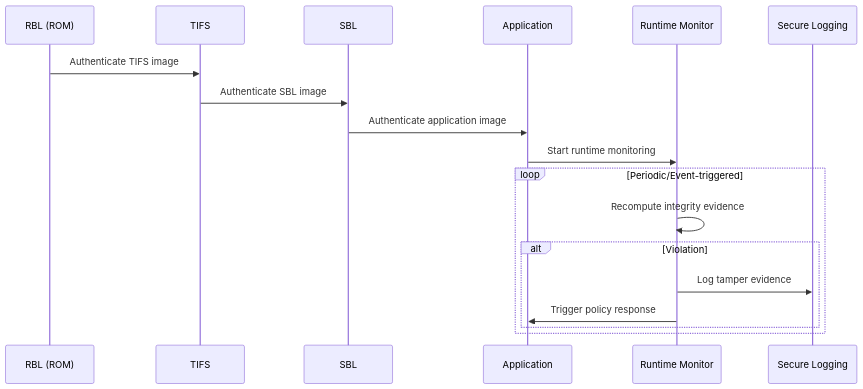
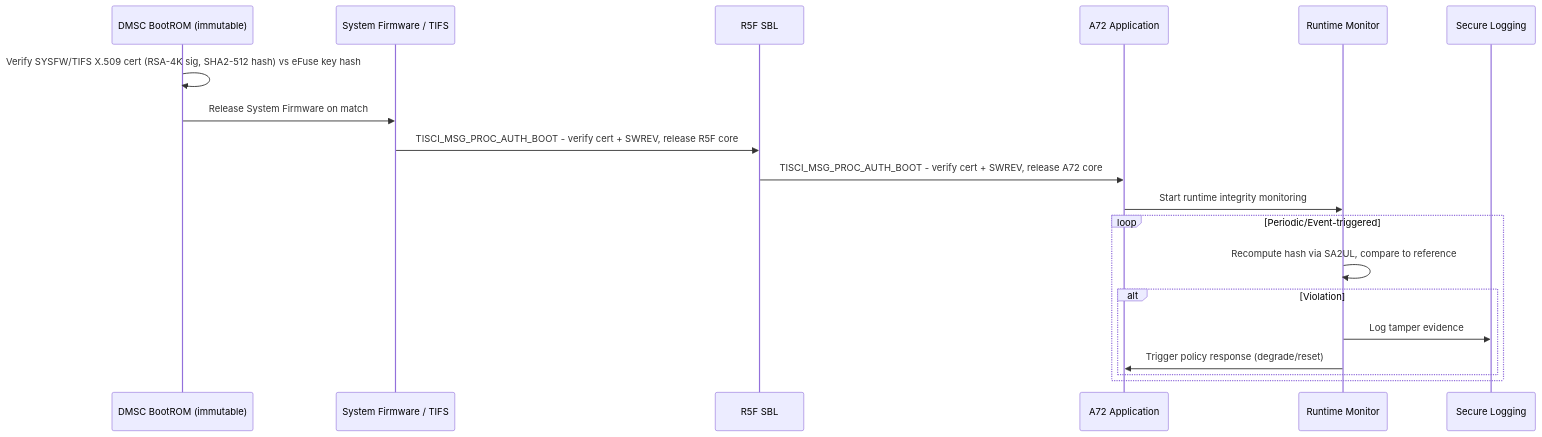
The third of 3 diagrams in TDA4VM_Secure_Authentic_Boot_Runtime_Integrity_Requirements.md (vinodneelakantam/Sec_Concepts_Req_tracability), drawn with Mermaid before and after one commit. The commit also changed other lines of this file and 7 other files, not shown here.

````diff
--- a/TDA4VM_Secure_Authentic_Boot_Runtime_Integrity_Requirements.md
+++ b/TDA4VM_Secure_Authentic_Boot_Runtime_Integrity_Requirements.md
@@ -75,21 +96,22 @@
 ```mermaid
 sequenceDiagram
-  participant R as RBL (ROM)
-  participant T as TIFS
-  participant S as SBL
-  participant A as Application
-  participant M as Runtime Monitor
-  participant L as Secure Logging
+  participant ROM as DMSC BootROM (immutable)
+  participant SF as System Firmware / TIFS
+  participant SBL as R5F SBL
+  participant APP as A72 Application
+  participant MON as Runtime Monitor
+  participant LOG as Secure Logging
 
-  R->>T: Authenticate TIFS image
-  T->>S: Authenticate SBL image
-  S->>A: Authenticate application image
-  A->>M: Start runtime monitoring
+  ROM->>ROM: Verify SYSFW/TIFS X.509 cert (RSA-4K sig, SHA2-512 hash) vs eFuse key hash
+  ROM->>SF: Release System Firmware on match
+  SF->>SBL: TISCI_MSG_PROC_AUTH_BOOT - verify cert + SWREV, release R5F core
+  SBL->>APP: TISCI_MSG_PROC_AUTH_BOOT - verify cert + SWREV, release A72 core
+  APP->>MON: Start runtime integrity monitoring
   loop Periodic/Event-triggered
-    M->>M: Recompute integrity evidence
+    MON->>MON: Recompute hash via SA2UL, compare to reference
     alt Violation
-      M->>L: Log tamper evidence
-      M->>A: Trigger policy response
+      MON->>LOG: Log tamper evidence
+      MON->>APP: Trigger policy response (degrade/reset)
     end
   end
 ```
````
